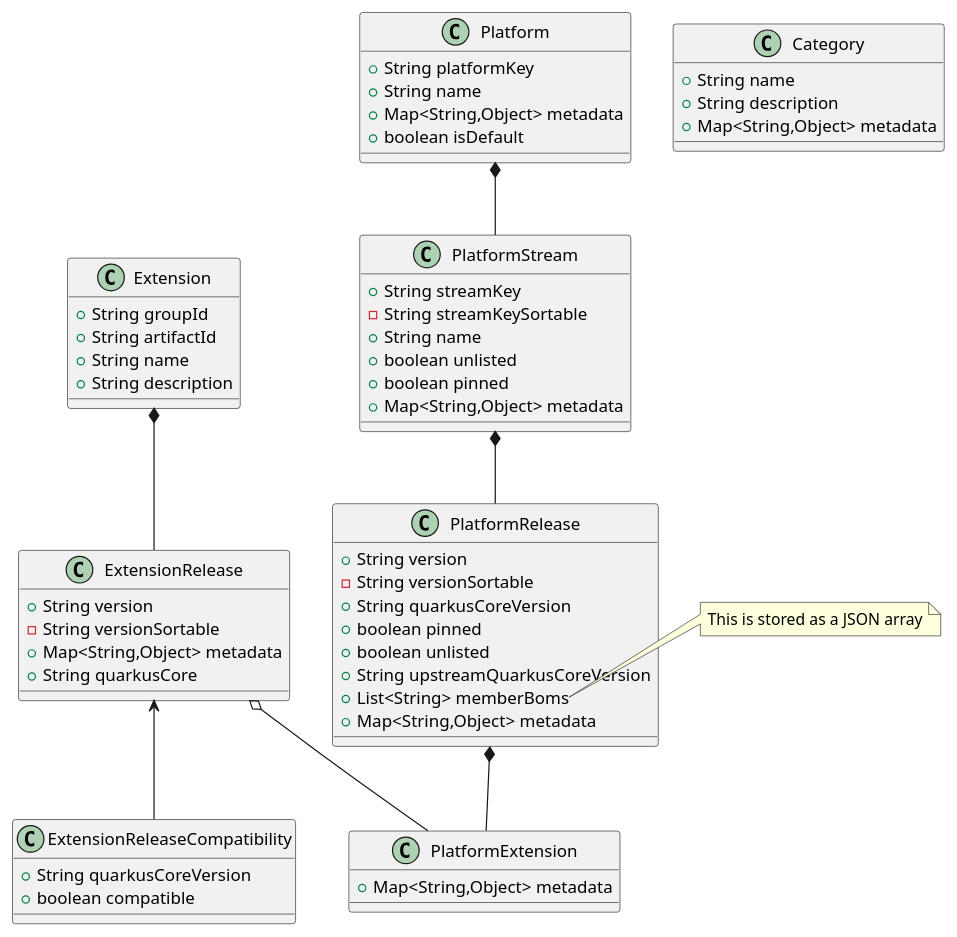
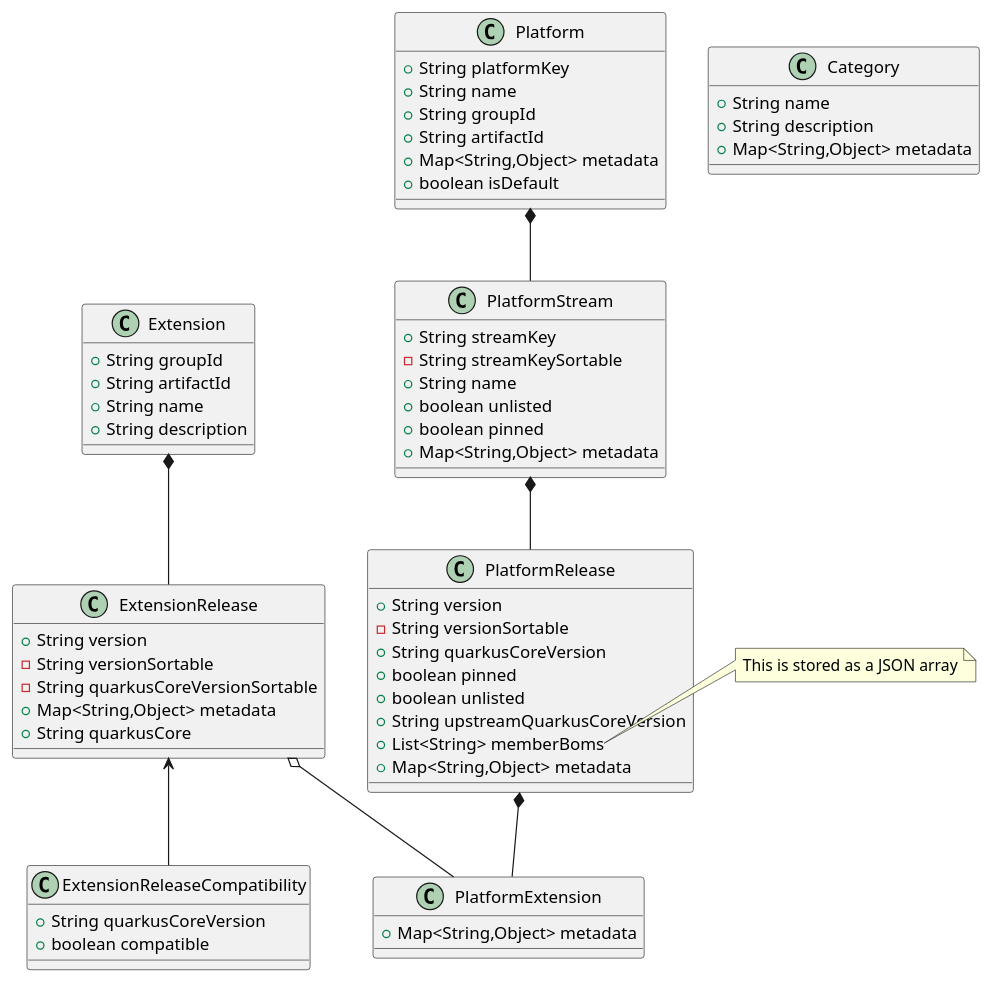
The diagram in docs/model.puml (quarkusio/registry.quarkus.io), drawn with PlantUML before and after one commit. The commit also changed 8 other files, not shown here.

Commit message:
Introduce groupId and artifactId in Platform

```diff
--- a/docs/model.puml
+++ b/docs/model.puml
@@ -1,69 +1,72 @@
 @startuml
 class Platform {
   + String platformKey
   + String name
+  + String groupId
+  + String artifactId
   + Map<String,Object> metadata
   + boolean isDefault
 }
 
 class PlatformStream {
   + String streamKey
   - String streamKeySortable
   + String name
   + boolean unlisted
   + boolean pinned
   + Map<String,Object> metadata
 }
 
 class PlatformRelease {
   + String version
   - String versionSortable
   + String quarkusCoreVersion
   + boolean pinned
   + boolean unlisted
   + String upstreamQuarkusCoreVersion
   + List<String> memberBoms
   + Map<String,Object> metadata
 }
 
 class PlatformExtension {
   + Map<String,Object> metadata
 }
 
 class Extension {
   + String groupId
   + String artifactId
   + String name
   + String description
 }
 
 class ExtensionRelease {
   + String version
   - String versionSortable
+  - String quarkusCoreVersionSortable
   + Map<String,Object> metadata
   + String quarkusCore
 }
 
 class Category {
   + String name
   + String description
   + Map<String,Object> metadata
 }
 
 class ExtensionReleaseCompatibility {
   + String quarkusCoreVersion
   + boolean compatible
 }
 
 note right of PlatformRelease::memberBoms
   This is stored as a JSON array
 end note
 
 Platform         *-- PlatformStream
 PlatformStream   *-- PlatformRelease
 PlatformRelease  *-- PlatformExtension
 
 Extension        *-- ExtensionRelease
 ExtensionRelease o-- PlatformExtension
 ExtensionRelease <-- ExtensionReleaseCompatibility
 @enduml
```
